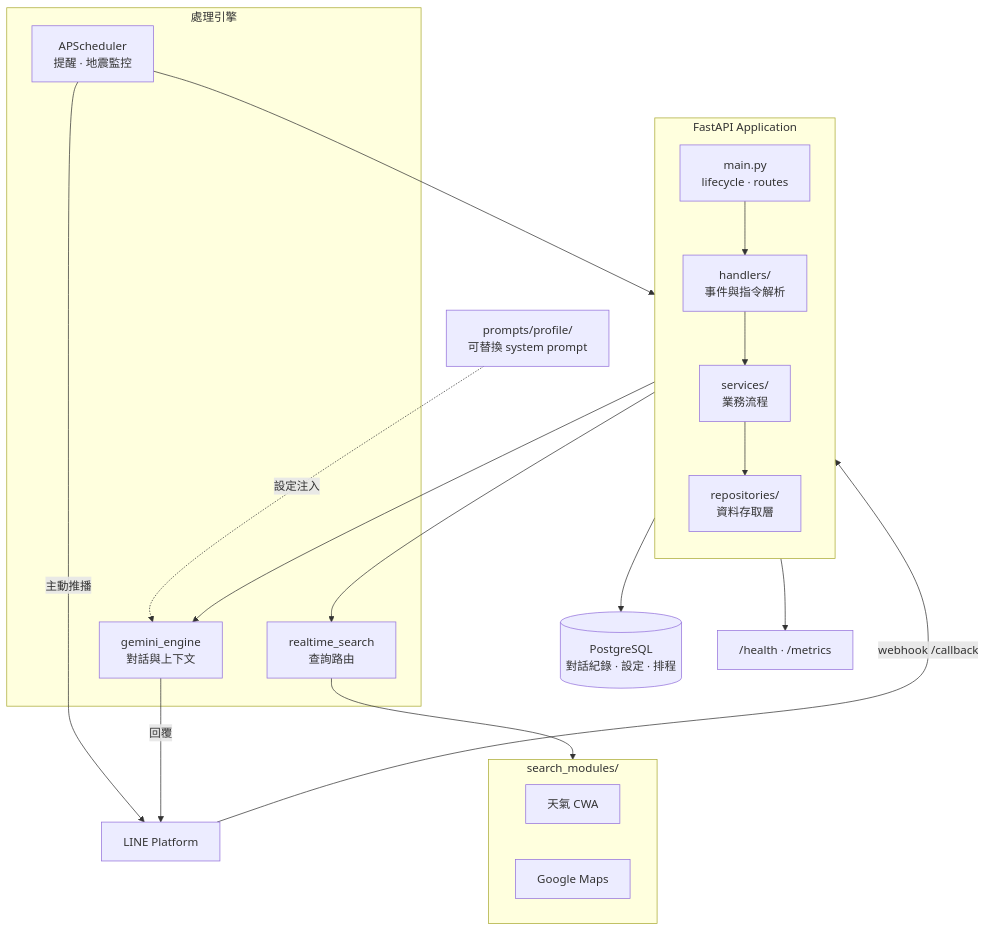
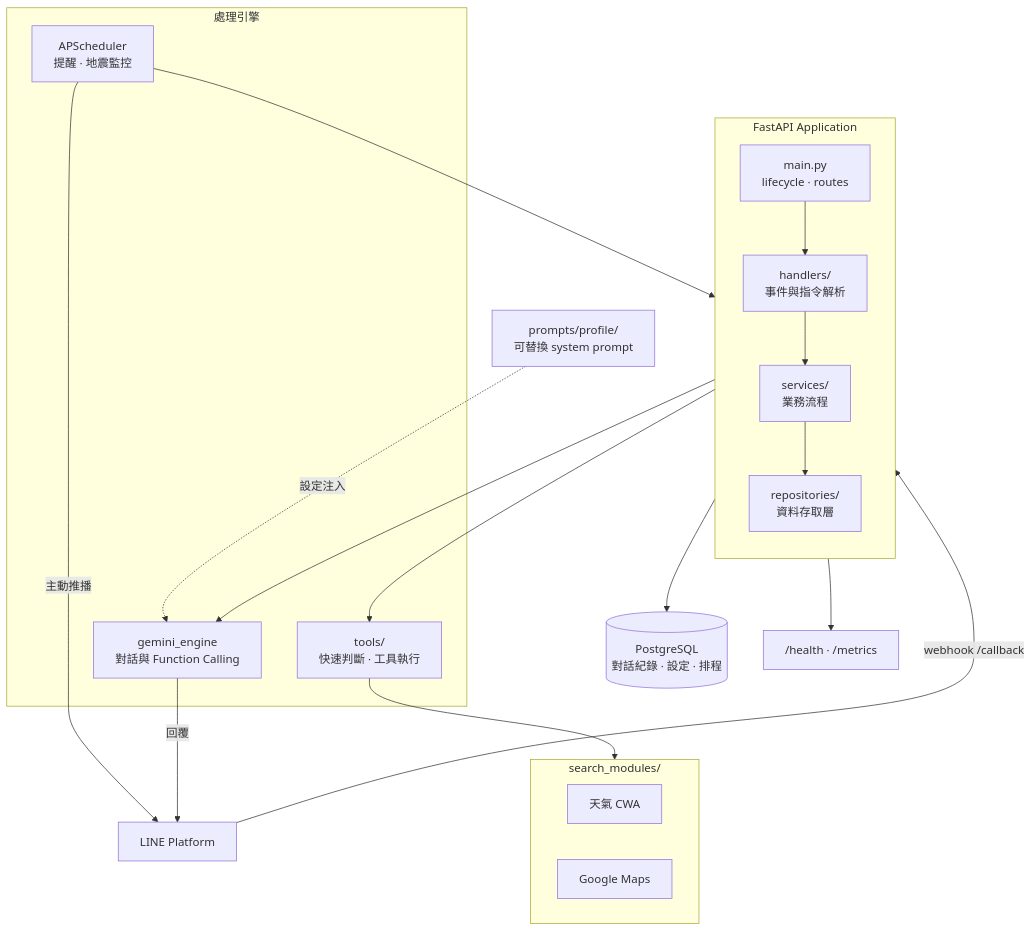
Before and after one commit to IMGMANISME/g-bot: the diagram in README.zh-TW.md, drawn with Mermaid. The commit also changed other lines of this file and 18 other files, not shown here.

First line of the commit message:
接上 Gemma Function Calling，讓自然說法也能查天氣、設提醒、找餐廳

````diff
--- a/README.zh-TW.md
+++ b/README.zh-TW.md
@@ -23,41 +23,41 @@
 ```mermaid
 flowchart TB
     LINE["LINE Platform"]
  
     subgraph APP["FastAPI Application"]
         direction TB
         MAIN["main.py<br/>lifecycle · routes"]
         HANDLERS["handlers/<br/>事件與指令解析"]
         SERVICES["services/<br/>業務流程"]
         REPOS["repositories/<br/>資料存取層"]
     end
  
     subgraph ENGINES["處理引擎"]
-        GEMINI["gemini_engine<br/>對話與上下文"]
-        SEARCH["realtime_search<br/>查詢路由"]
+        GEMINI["gemini_engine<br/>對話與 Function Calling"]
+        SEARCH["tools/<br/>快速判斷 · 工具執行"]
         SCHED["APScheduler<br/>提醒 · 地震監控"]
     end
  
     subgraph MODULES["search_modules/"]
         WEATHER["天氣 CWA"]
         MAPS["Google Maps"]
     end
  
     PROMPTS["prompts/profile/<br/>可替換 system prompt"]
     DB[("PostgreSQL<br/>對話紀錄 · 設定 · 排程")]
     OPS["/health · /metrics"]
  
     LINE -->|"webhook /callback"| MAIN
     MAIN --> HANDLERS
     HANDLERS --> SERVICES
     SERVICES --> GEMINI
     SERVICES --> SEARCH
     SERVICES --> REPOS
     SEARCH --> MODULES
     PROMPTS -.設定注入.-> GEMINI
     SCHED --> SERVICES
     REPOS --> DB
     SCHED -->|"主動推播"| LINE
     MAIN --> OPS
     GEMINI -->|"回覆"| LINE
 ```
````
